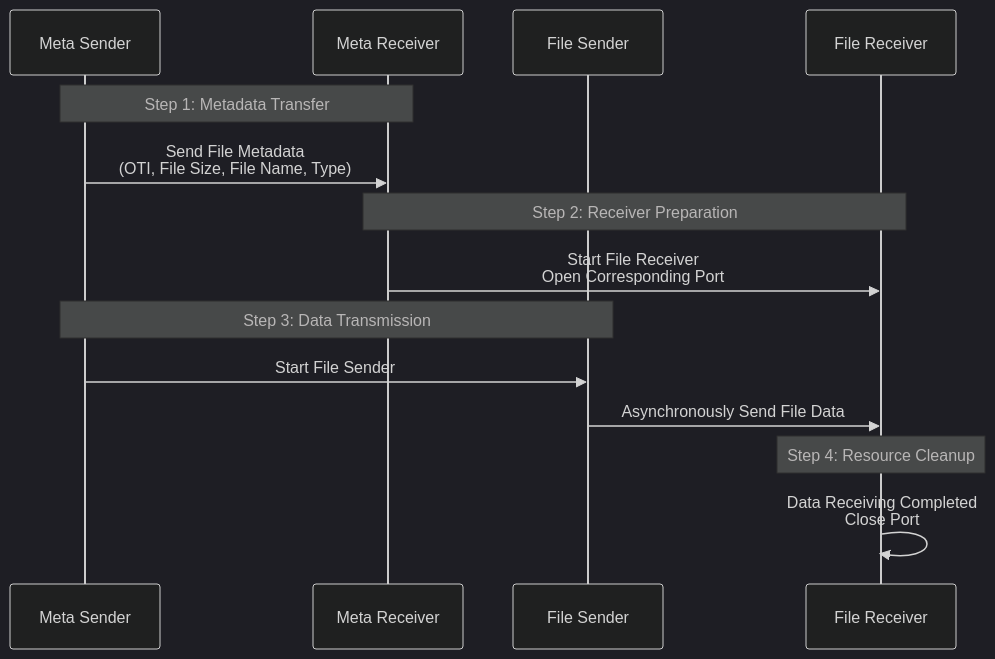
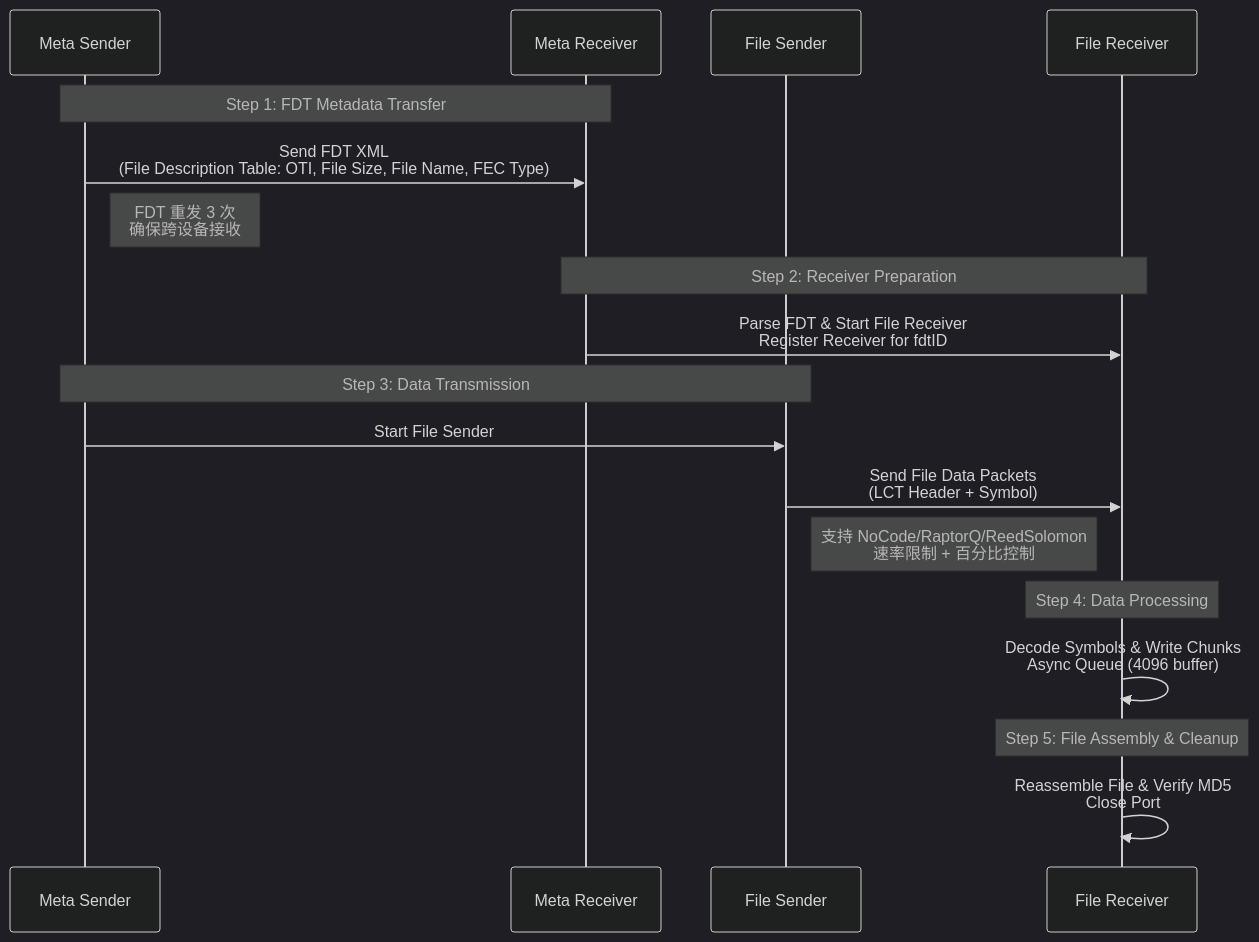
The diagram in README.md (Mowenhao13/FluteGo), drawn with Mermaid (dark theme) before and after one commit. The commit also changed other lines of this file and 1 other file, not shown here.

````diff
--- a/README.md
+++ b/README.md
@@ -24,20 +24,25 @@
 ```mermaid
 sequenceDiagram
     participant MS as Meta Sender
     participant MR as Meta Receiver
     participant FS as File Sender
     participant FR as File Receiver
     
-    Note over MS,MR: Step 1: Metadata Transfer
-    MS->>MR: Send File Metadata<br/>(OTI, File Size, File Name, Type)
+    Note over MS,MR: Step 1: FDT Metadata Transfer
+    MS->>MR: Send FDT XML<br/>(File Description Table: OTI, File Size, File Name, FEC Type)
+    Note right of MS: FDT 重发 3 次<br/>确保跨设备接收
     
     Note over MR,FR: Step 2: Receiver Preparation
-    MR->>FR: Start File Receiver<br/>Open Corresponding Port
+    MR->>FR: Parse FDT & Start File Receiver<br/>Register Receiver for fdtID
     
     Note over MS,FS: Step 3: Data Transmission
     MS->>FS: Start File Sender
-    FS->>FR: Asynchronously Send File Data
+    FS->>FR: Send File Data Packets<br/>(LCT Header + Symbol)
+    Note right of FS: 支持 NoCode/RaptorQ/ReedSolomon<br/>速率限制 + 百分比控制
     
-    Note over FR: Step 4: Resource Cleanup
-    FR->>FR: Data Receiving Completed<br/>Close Port
+    Note over FR: Step 4: Data Processing
+    FR->>FR: Decode Symbols & Write Chunks<br/>Async Queue (4096 buffer)
+    
+    Note over FR: Step 5: File Assembly & Cleanup
+    FR->>FR: Reassemble File & Verify MD5<br/>Close Port
 ```
````
